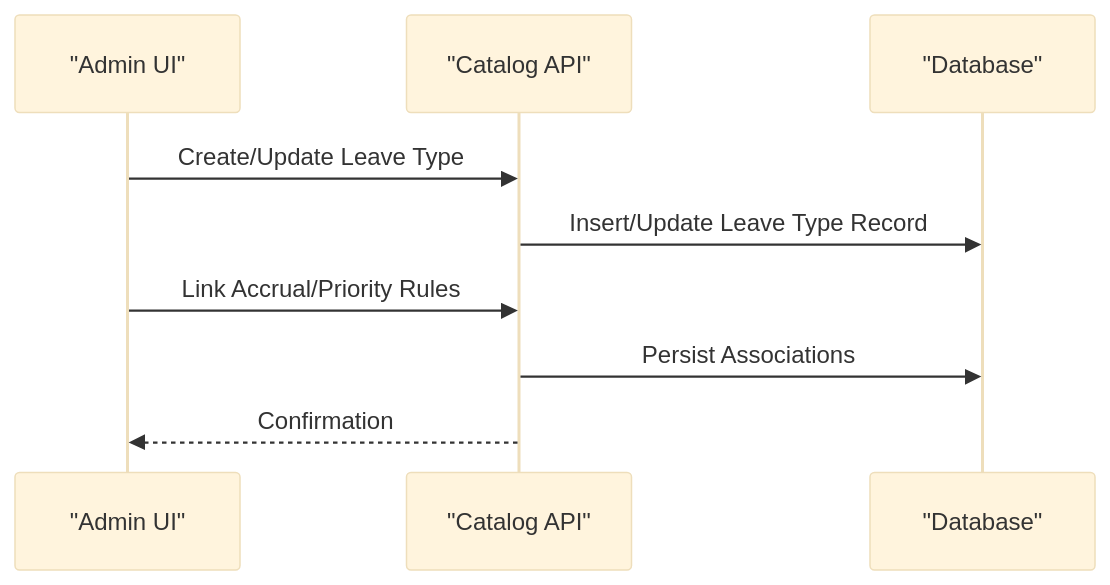
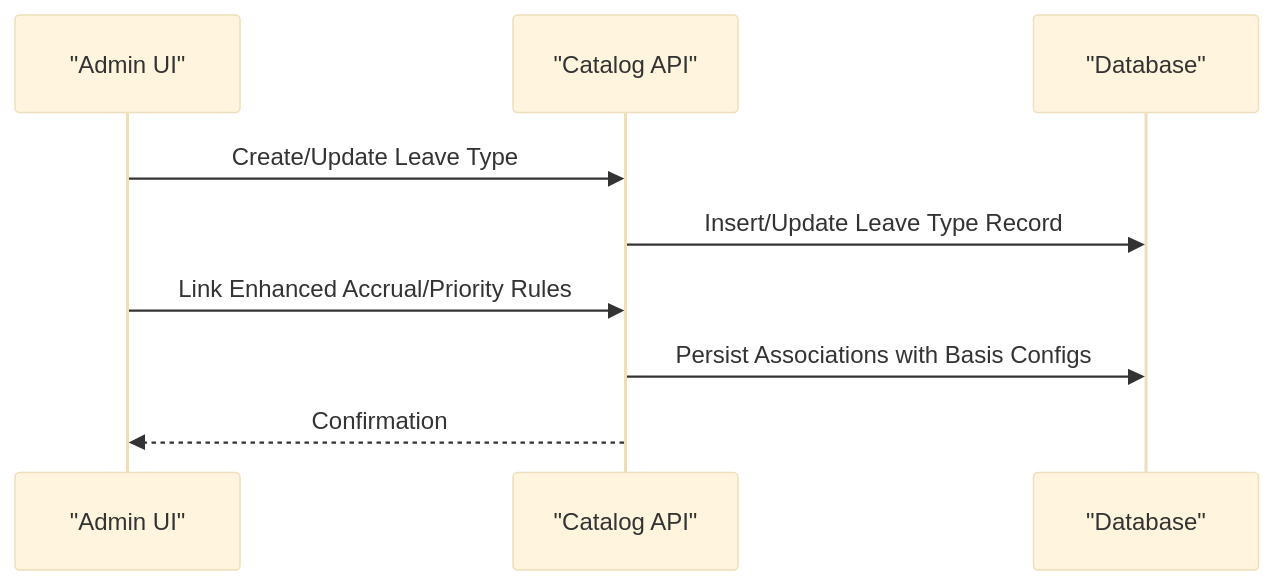
One commit to EdwinCycling/LiquidHR changed the fifth of 10 diagrams in .qoder/repowiki/en/content/Advanced Features/Leave Management/Accrual Engine.md. Above: the diagram before and after it, drawn with Mermaid (base theme). The commit also changed other lines of this file and 120 other files, not shown here.

````diff
--- a/.qoder/repowiki/en/content/Advanced Features/Leave Management/Accrual Engine.md
+++ b/.qoder/repowiki/en/content/Advanced Features/Leave Management/Accrual Engine.md
@@ -277,11 +313,11 @@
 ```mermaid
 sequenceDiagram
 participant Admin as "Admin UI"
 participant CatalogAPI as "Catalog API"
 participant DB as "Database"
 Admin->>CatalogAPI : Create/Update Leave Type
 CatalogAPI->>DB : Insert/Update Leave Type Record
-Admin->>CatalogAPI : Link Accrual/Priority Rules
-CatalogAPI->>DB : Persist Associations
+Admin->>CatalogAPI : Link Enhanced Accrual/Priority Rules
+CatalogAPI->>DB : Persist Associations with Basis Configs
 CatalogAPI-->>Admin : Confirmation
 ```
````
